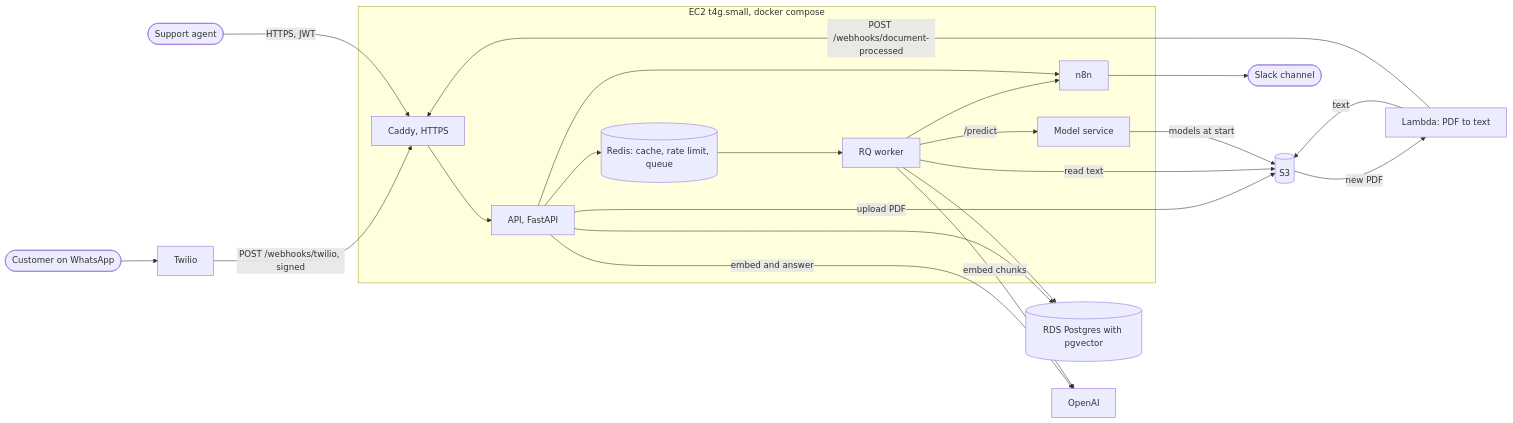
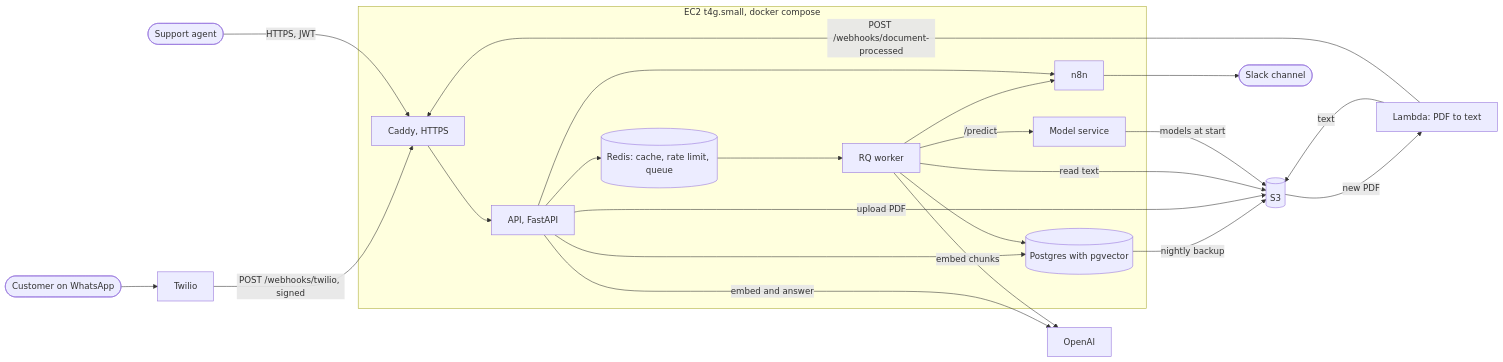
The diagram in README.md (Phanindra02/support-ai), drawn with Mermaid before and after one commit. The commit also changed other lines of this file and 9 other files, not shown here.

````diff
--- a/README.md
+++ b/README.md
@@ -16,27 +16,28 @@
 ```mermaid
 flowchart LR
     customer(["Customer on WhatsApp"]) --> twilio["Twilio"]
     twilio -->|"POST /webhooks/twilio, signed"| caddy
     agent(["Support agent"]) -->|"HTTPS, JWT"| caddy
 
     subgraph ec2 ["EC2 t4g.small, docker compose"]
         caddy["Caddy, HTTPS"] --> api["API, FastAPI"]
         api --> redis[("Redis: cache, rate limit, queue")]
         redis --> worker["RQ worker"]
         worker -->|"/predict"| model["Model service"]
         worker --> n8n["n8n"]
         api --> n8n
+        api --> postgres[("Postgres with pgvector")]
+        worker --> postgres
     end
 
-    api --> rds[("RDS Postgres with pgvector")]
-    worker --> rds
+    postgres -->|"nightly backup"| s3
     api -->|"embed and answer"| openai["OpenAI"]
     worker -->|"embed chunks"| openai
     api -->|"upload PDF"| s3[("S3")]
     s3 -->|"new PDF"| lambda["Lambda: PDF to text"]
     lambda -->|"text"| s3
     lambda -->|"POST /webhooks/document-processed"| caddy
     worker -->|"read text"| s3
     model -->|"models at start"| s3
     n8n --> slack(["Slack channel"])
 ```
````
